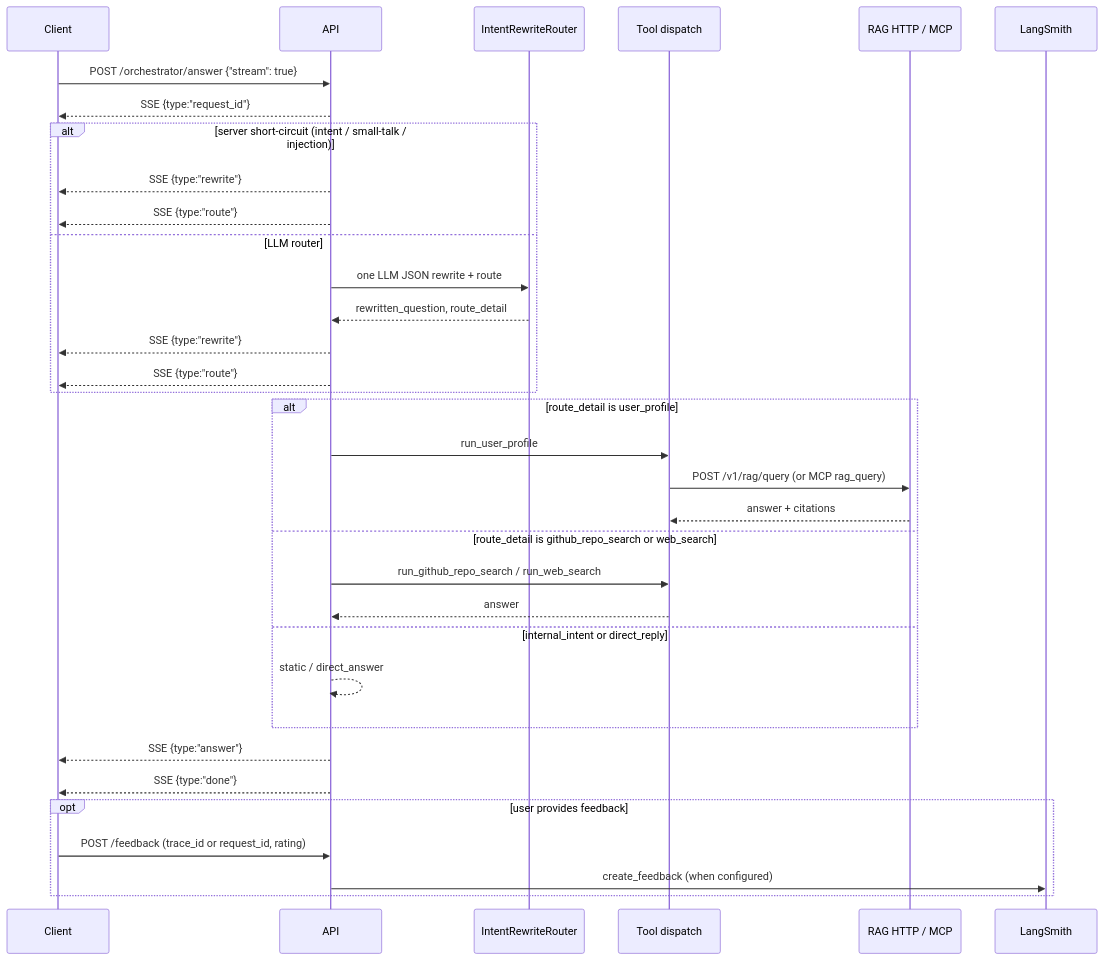
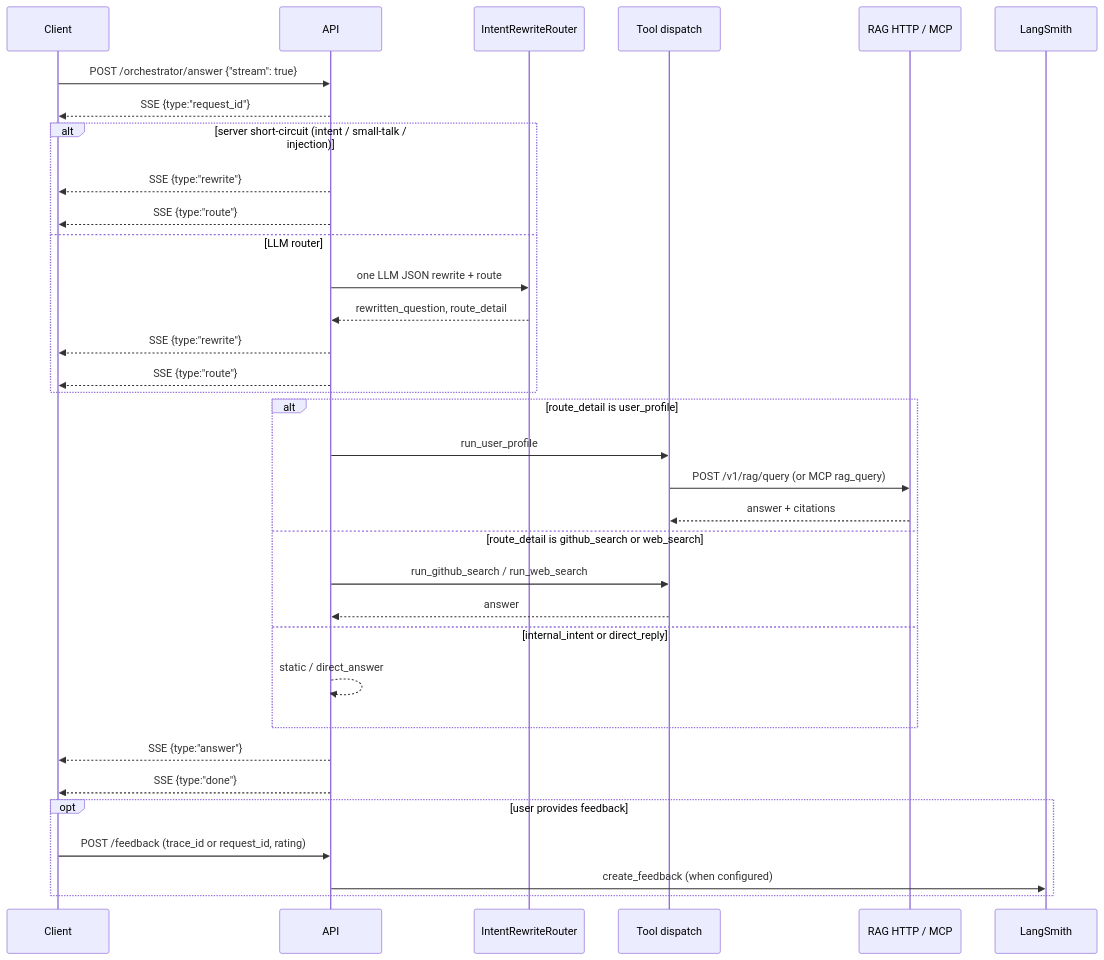
The diagram in docs/architecture.md (taixingbi/layer-orchestrator-v1), drawn with Mermaid before and after one commit. The commit also changed other lines of this file and 23 other files, not shown here.

````diff
--- a/docs/architecture.md
+++ b/docs/architecture.md
@@ -129,41 +129,41 @@
 ```mermaid
 sequenceDiagram
   participant Client
   participant API
   participant Router as IntentRewriteRouter
   participant Tools as Tool dispatch
   participant RAG as RAG HTTP / MCP
   participant LangSmith
 
   Client->>API: POST /orchestrator/answer {"stream": true}
   API-->>Client: SSE {type:"request_id"}
 
   alt server short-circuit (intent / small-talk / injection)
     API-->>Client: SSE {type:"rewrite"}
     API-->>Client: SSE {type:"route"}
   else LLM router
     API->>Router: one LLM JSON rewrite + route
     Router-->>API: rewritten_question, route_detail
     API-->>Client: SSE {type:"rewrite"}
     API-->>Client: SSE {type:"route"}
   end
 
   alt route_detail is user_profile
     API->>Tools: run_user_profile
     Tools->>RAG: POST /v1/rag/query (or MCP rag_query)
     RAG-->>Tools: answer + citations
-  else route_detail is github_repo_search or web_search
-    API->>Tools: run_github_repo_search / run_web_search
+  else route_detail is github_search or web_search
+    API->>Tools: run_github_search / run_web_search
     Tools-->>API: answer
   else internal_intent or direct_reply
     API-->>API: static / direct_answer
   end
 
   API-->>Client: SSE {type:"answer"}
   API-->>Client: SSE {type:"done"}
 
   opt user provides feedback
     Client->>API: POST /feedback (trace_id or request_id, rating)
     API->>LangSmith: create_feedback (when configured)
   end
 ```
````
